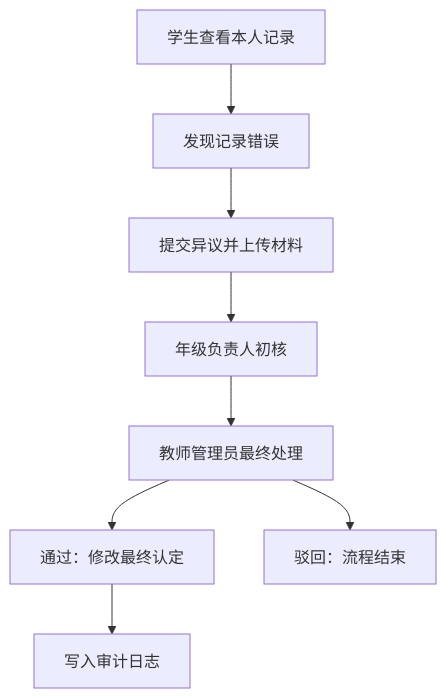
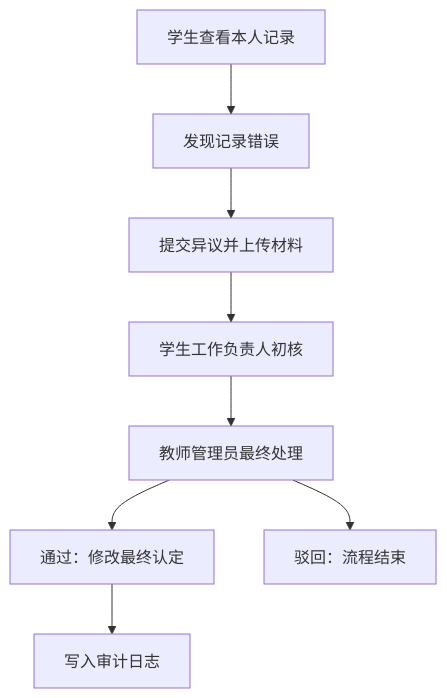
Before and after one commit to Ouroboros-ga/CourseManagement: the third of 4 diagrams in 查课管理系统V1.0建设说明.md, drawn with Mermaid. The commit also changed other lines of this file and 3 other files, not shown here.

````diff
--- a/查课管理系统V1.0建设说明.md
+++ b/查课管理系统V1.0建设说明.md
@@ -293,10 +303,10 @@
 ```mermaid
 flowchart TD
     A[学生查看本人记录] --> B[发现记录错误]
     B --> C[提交异议并上传材料]
-    C --> D[年级负责人初核]
+    C --> D[学生工作负责人初核]
     D --> E[教师管理员最终处理]
     E --> F[通过：修改最终认定]
     E --> G[驳回：流程结束]
     F --> H[写入审计日志]
 ```
````
